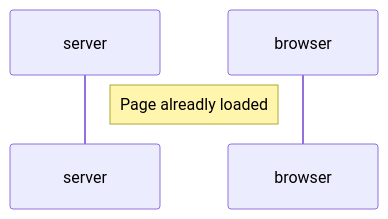
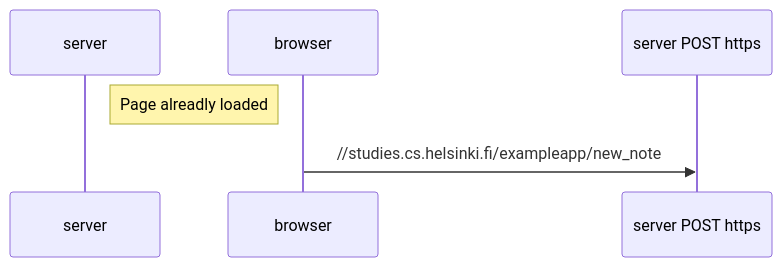
One commit to erdelp/fsopen-helsinki changed the diagram in part0/0.4-new-note-diagram.md. Above: the diagram before and after it, drawn with Mermaid.

````diff
--- a/part0/0.4-new-note-diagram.md
+++ b/part0/0.4-new-note-diagram.md
@@ -1,7 +1,10 @@
 ```mermaid
 sequenceDiagram
   participant server
   participant browser
 
   Note left of browser: Page alreadly loaded
+
+  browser->>server POST https://studies.cs.helsinki.fi/exampleapp/new_note
+  
 ```
````
